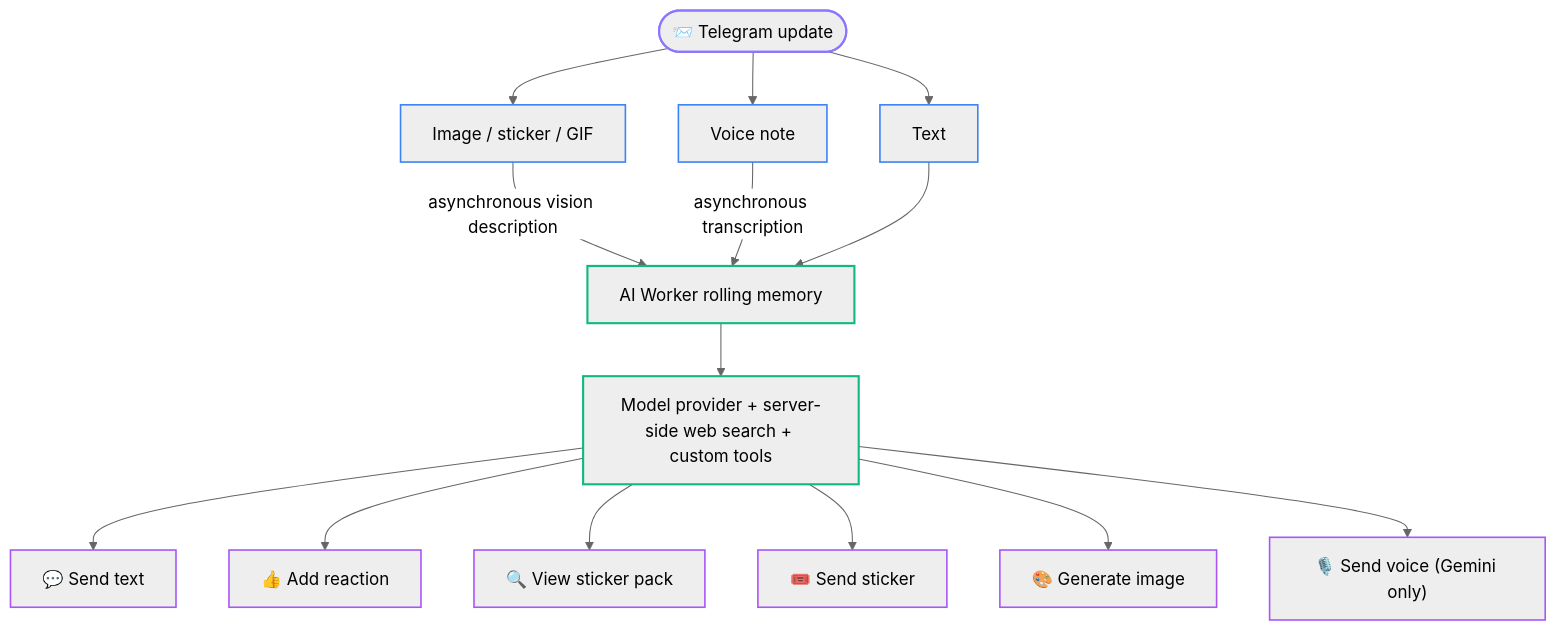
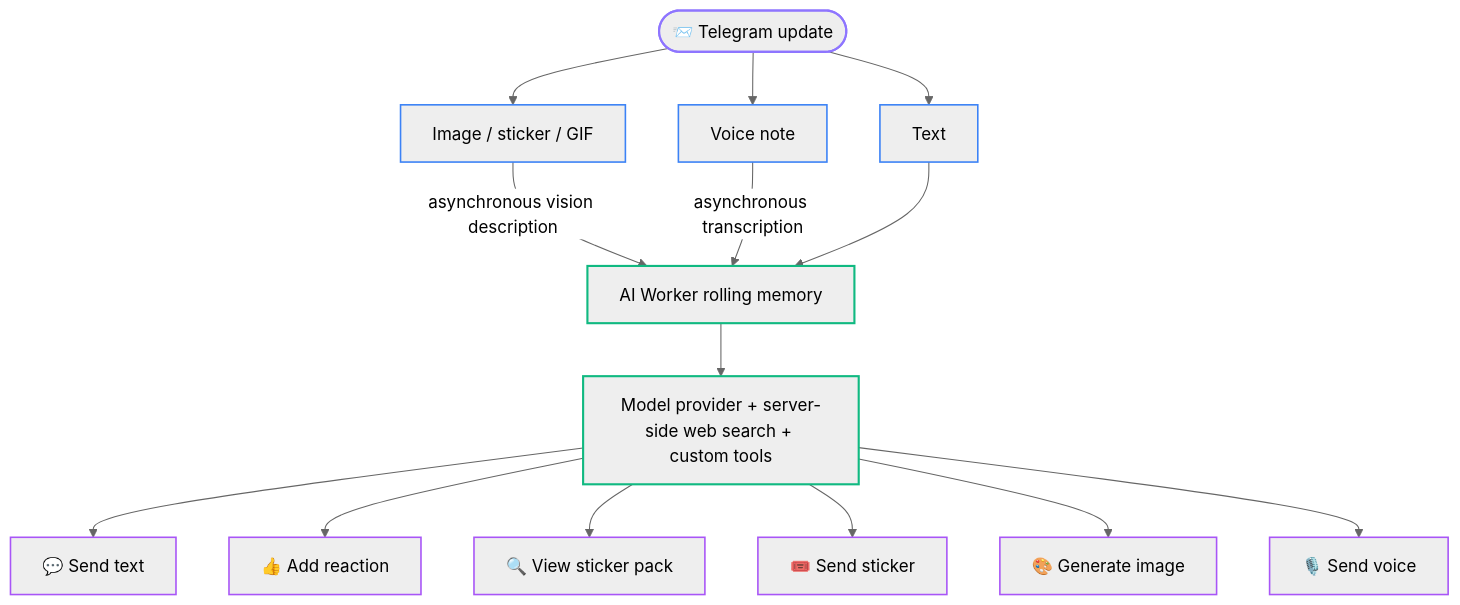
Before and after one commit to Asashishi/copy_ninjia: the second of 2 diagrams in docs/en/02-architecture.md, drawn with Mermaid (neutral theme). The commit also changed other lines of this file and 600 other files, not shown here.

````diff
--- a/docs/en/02-architecture.md
+++ b/docs/en/02-architecture.md
@@ -64,22 +64,22 @@
 ```mermaid
 flowchart TD
     classDef input stroke:#8e75ff,stroke-width:2px;
     classDef process stroke:#3b82f6,stroke-width:1.5px;
     classDef ai stroke:#10b981,stroke-width:2px;
     classDef action stroke:#a855f7,stroke-width:1.5px;
 
     U(["📨 Telegram update"]):::input --> TXT["Text"]:::process
     U --> MED["Image / sticker / GIF"]:::process
     U --> VOC["Voice note"]:::process
     MED -- asynchronous vision description --> MEM["AI Worker rolling memory"]:::ai
     VOC -- asynchronous transcription --> MEM
     TXT --> MEM
     MEM --> G["Model provider + server-side web search + custom tools"]:::ai
 
     G --> A1["💬 Send text"]:::action
     G --> A2["👍 Add reaction"]:::action
     G --> A3["🔍 View sticker pack"]:::action
     G --> A4["🎟️ Send sticker"]:::action
     G --> A5["🎨 Generate image"]:::action
-    G --> A6["🎙️ Send voice (Gemini only)"]:::action
+    G --> A6["🎙️ Send voice"]:::action
 ```
````
